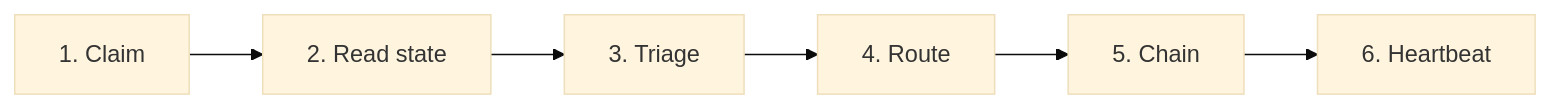
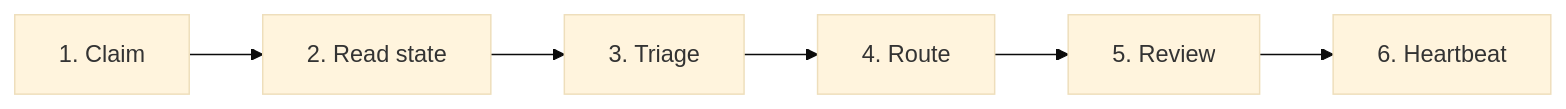
One commit to dmitriywind/agentic-sdlc changed the diagram in docs/guide/4-the-cycle.md. Above: the diagram before and after it, drawn with Mermaid (base theme). The commit also changed other lines of this file and 34 other files, not shown here.

````diff
--- a/docs/guide/4-the-cycle.md
+++ b/docs/guide/4-the-cycle.md
@@ -9,5 +16,5 @@
 ```mermaid
 flowchart LR
   c1["1. Claim"]:::agent --> c2["2. Read state"]:::agent --> c3["3. Triage"]:::agent
-  c3 --> c4["4. Route"]:::agent --> c5["5. Chain"]:::agent --> c6["6. Heartbeat"]:::board
+  c3 --> c4["4. Route"]:::agent --> c5["5. Review"]:::agent --> c6["6. Heartbeat"]:::board
 ```
````
